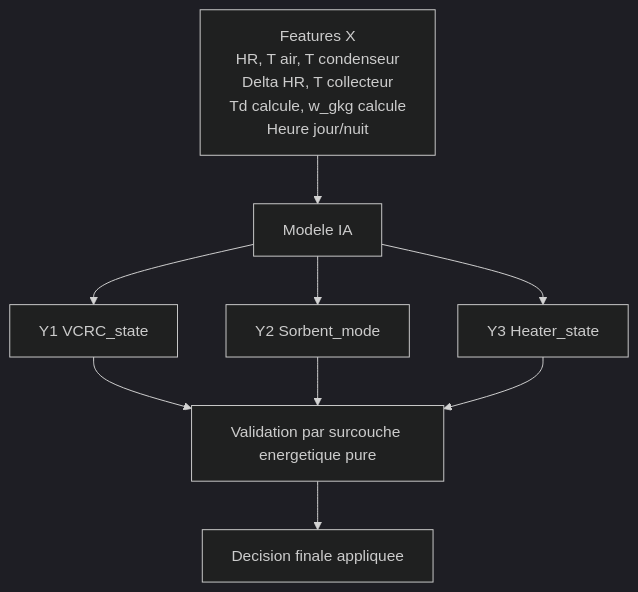
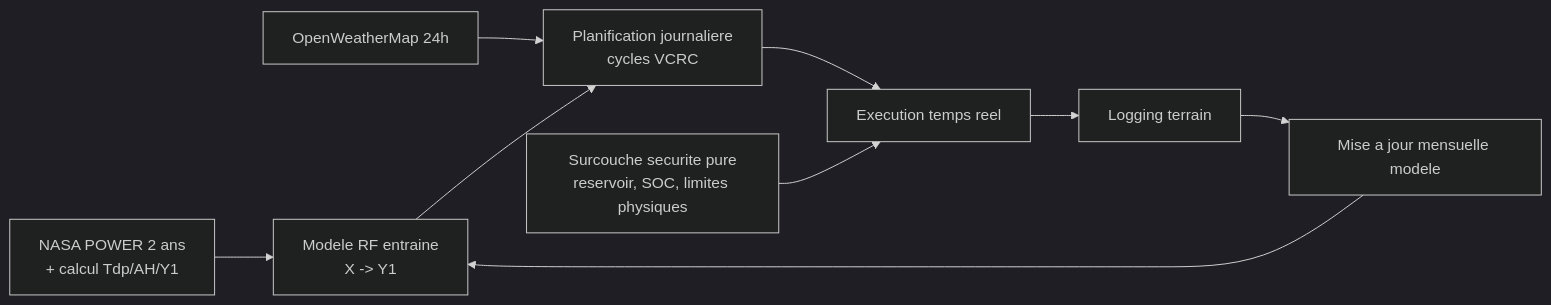
The first of 3 diagrams in docs/BUSINESS_RULES_DIAGRAM.md (Appolinairee/aqua-atmos-ai), drawn with Mermaid (dark theme) before and after one commit. The commit also changed other lines of this file, not shown here.

Commit message:
docs: add layered diagrams for new AI planning logic

````diff
--- a/docs/BUSINESS_RULES_DIAGRAM.md
+++ b/docs/BUSINESS_RULES_DIAGRAM.md
@@ -59,12 +3,11 @@
 ```mermaid
-flowchart TD
-    X[Features X<br/>HR, T air, T condenseur<br/>Delta HR, T collecteur<br/>Td calcule, w_gkg calcule<br/>Heure jour/nuit] --> M[Modele IA]
-    M --> Y1[Y1 VCRC_state]
-    M --> Y2[Y2 Sorbent_mode]
-    M --> Y3[Y3 Heater_state]
-
-    Y1 --> V[Validation par surcouche energetique pure]
-    Y2 --> V
-    Y3 --> V
-    V --> D[Decision finale appliquee]
+flowchart LR
+    D[NASA POWER 2 ans<br/>+ calcul Tdp/AH/Y1] --> M[Modele RF entraine<br/>X -> Y1]
+    F[OpenWeatherMap 24h] --> P[Planification journaliere<br/>cycles VCRC]
+    M --> P
+    P --> R[Execution temps reel]
+    S[Surcouche securite pure<br/>reservoir, SOC, limites physiques] --> R
+    R --> L[Logging terrain]
+    L --> U[Mise a jour mensuelle modele]
+    U --> M
 ```
````
